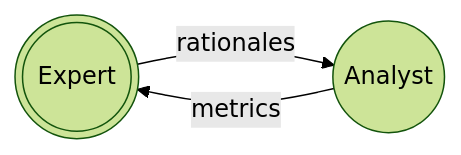
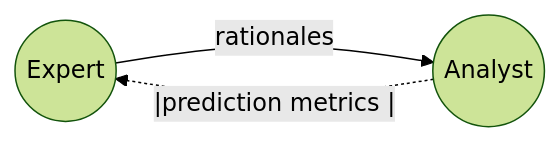
The third of 3 diagrams in tune-chatgpt/notes.md (borisdev/research), drawn with Mermaid (forest theme) before and after one commit.

Commit message:
experiment new flow chart

````diff
--- a/tune-chatgpt/notes.md
+++ b/tune-chatgpt/notes.md
@@ -31,5 +31,5 @@
 ```mermaid
 flowchart LR
-    E(((Expert)))-- rationales -->A((Analyst))
-    A((Analyst))-- metrics -->E(((Expert)))
+    E((Expert))-- rationales -->A((Analyst))
+    A((Analyst))-.|prediction metrics |.->E((Expert))
 ```
````
